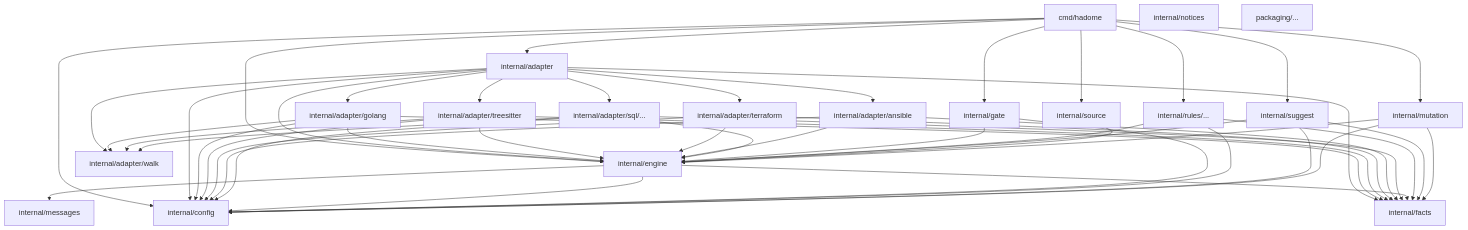
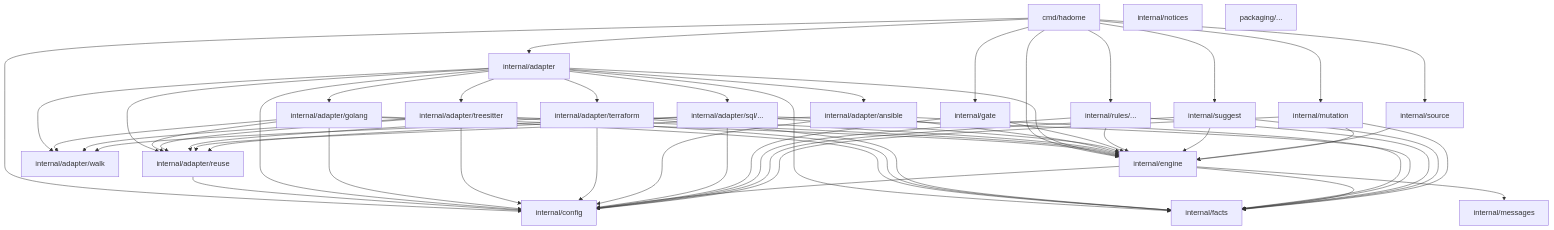
One commit to rerorets/hadome changed the diagram in docs/design/dependencies.ja.md. Above: the diagram before and after it, drawn with Mermaid. The commit also changed other lines of this file and 61 other files, not shown here.

````diff
--- a/docs/design/dependencies.ja.md
+++ b/docs/design/dependencies.ja.md
@@ -8,17 +8,19 @@
 ```mermaid
 flowchart TB
   cmd["cmd/hadome"] --> adapter["internal/adapter"] & gate["internal/gate"] & rules["internal/rules/..."]
   cmd --> suggest["internal/suggest"] & source["internal/source"] & engine["internal/engine"] & config["internal/config"]
   cmd --> mutation["internal/mutation"]
   adapter --> golang["internal/adapter/golang"] & treesitter["internal/adapter/treesitter"] & terraform["internal/adapter/terraform"] & ansible["internal/adapter/ansible"] & sqladapter["internal/adapter/sql/..."]
   adapter & golang & treesitter & sqladapter --> walk["internal/adapter/walk"]
+  adapter & golang & treesitter & terraform & ansible & sqladapter --> reuse["internal/adapter/reuse"]
+  reuse --> config
   adapter & golang & treesitter & terraform & ansible & sqladapter --> engine & config & facts["internal/facts"]
   engine --> config & facts & messages["internal/messages"]
   gate --> engine & config
   rules --> engine & config & facts
   suggest --> engine & config & facts
   source --> engine
   mutation --> engine & config & facts
   notices["internal/notices"]
   packaging["packaging/..."]
 ```
````
